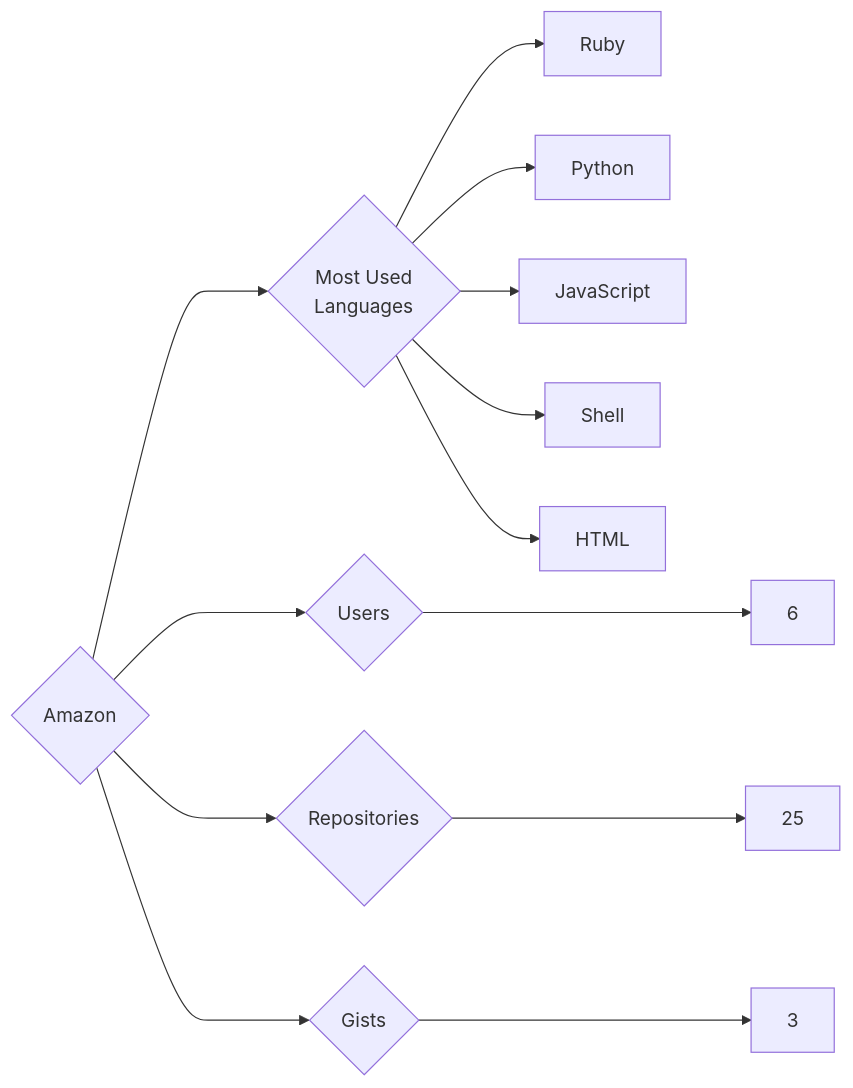
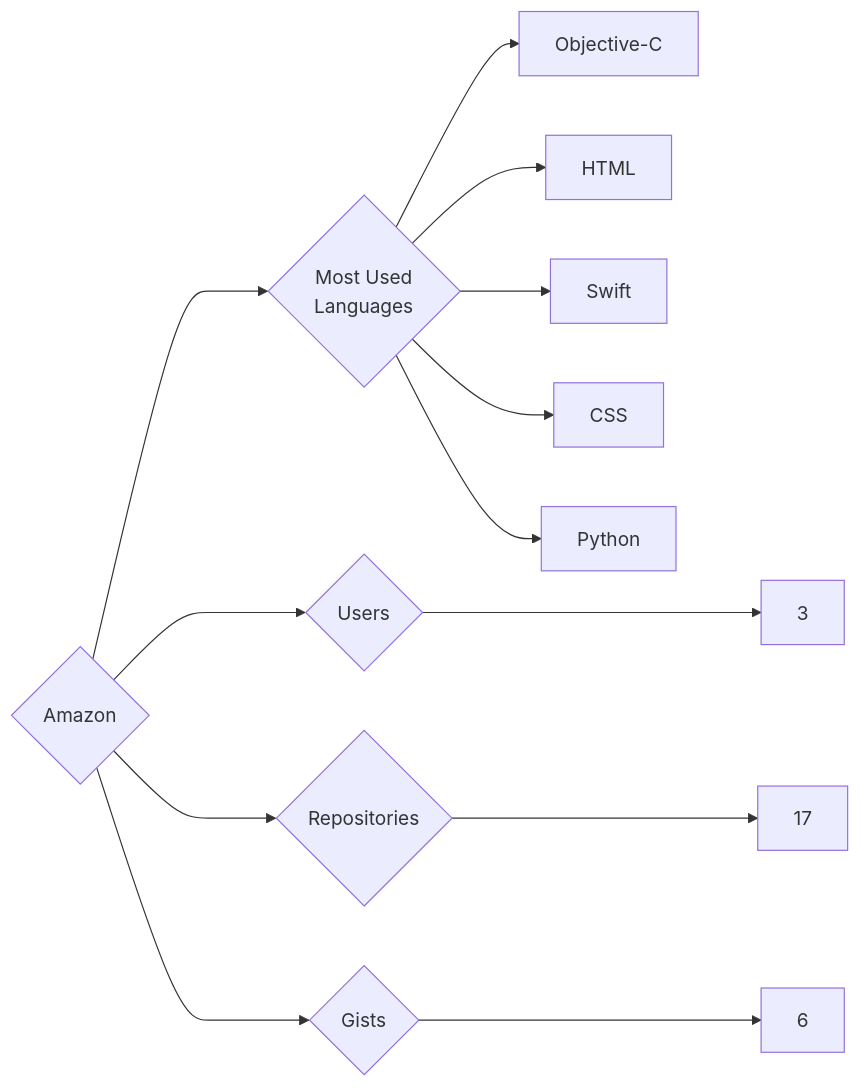
The diagram in targets/Amazon/README.md (trickest/insiders), drawn with Mermaid before and after one commit. The commit also changed 718 other files, not shown here.

````diff
--- a/targets/Amazon/README.md
+++ b/targets/Amazon/README.md
@@ -3,13 +3,13 @@
 ```mermaid
 graph LR
 COMPANY_NAME{Amazon}
-COMPANY_NAME ---> U{Users} ---> UN[6]
-COMPANY_NAME ---> R{Repositories} ---> RN[25]
-COMPANY_NAME ---> G{Gists} ---> GN[3]
+COMPANY_NAME ---> U{Users} ---> UN[3]
+COMPANY_NAME ---> R{Repositories} ---> RN[17]
+COMPANY_NAME ---> G{Gists} ---> GN[6]
 COMPANY_NAME ---> ML{Most Used<br>Languages}
-ML --> Ruby[Ruby]
+ML --> Objective-C[Objective-C]
+ML --> HTML[HTML]
+ML --> Swift[Swift]
+ML --> CSS[CSS]
 ML --> Python[Python]
-ML --> JavaScript[JavaScript]
-ML --> Shell[Shell]
-ML --> HTML[HTML]
 ```
````
